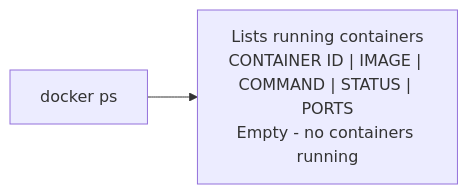
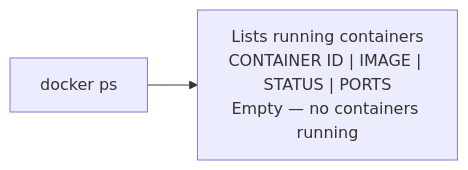
Before and after one commit to ajeetchouksey/ajch_platform: the third of 9 diagrams in public/content/blog/posts/docker-3.md, drawn with Mermaid. The commit also changed other lines of this file and 5 other files, not shown here.

````diff
--- a/public/content/blog/posts/docker-3.md
+++ b/public/content/blog/posts/docker-3.md
@@ -91,4 +88,4 @@
 ```mermaid
 flowchart LR
-  CMD2["docker ps"] --> OUT2["Lists running containers\nCONTAINER ID | IMAGE | COMMAND | STATUS | PORTS\nEmpty - no containers running"]
+  CMD2["docker ps"] --> OUT2["Lists running containers\nCONTAINER ID | IMAGE | STATUS | PORTS\nEmpty — no containers running"]
 ```
````
